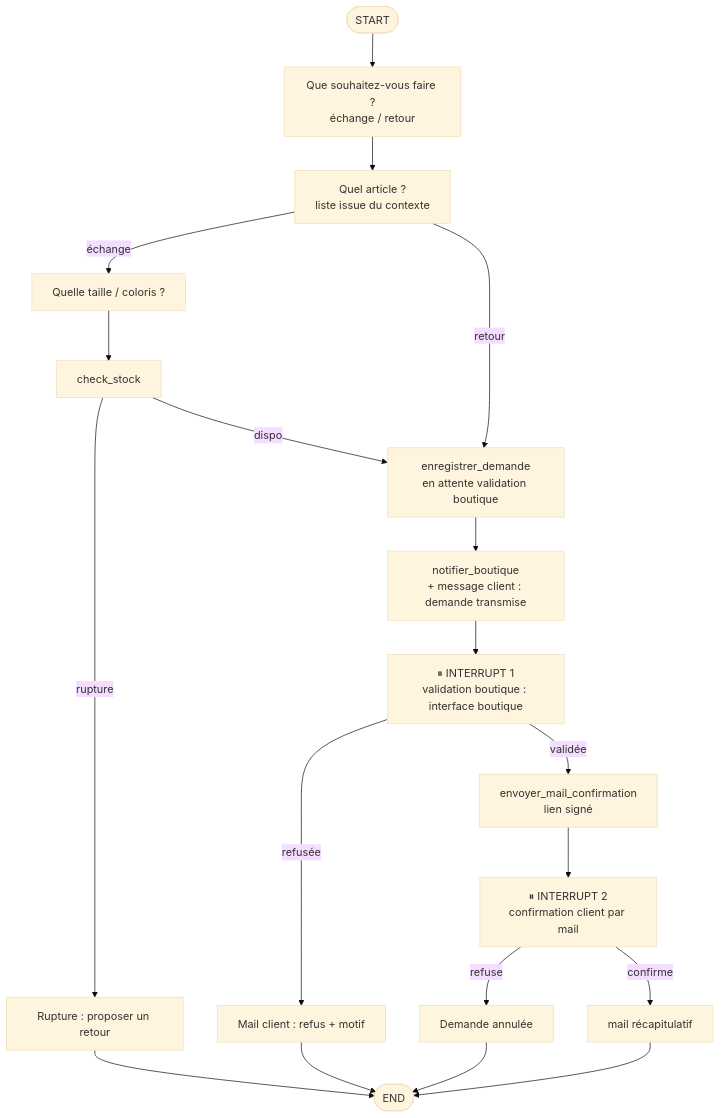
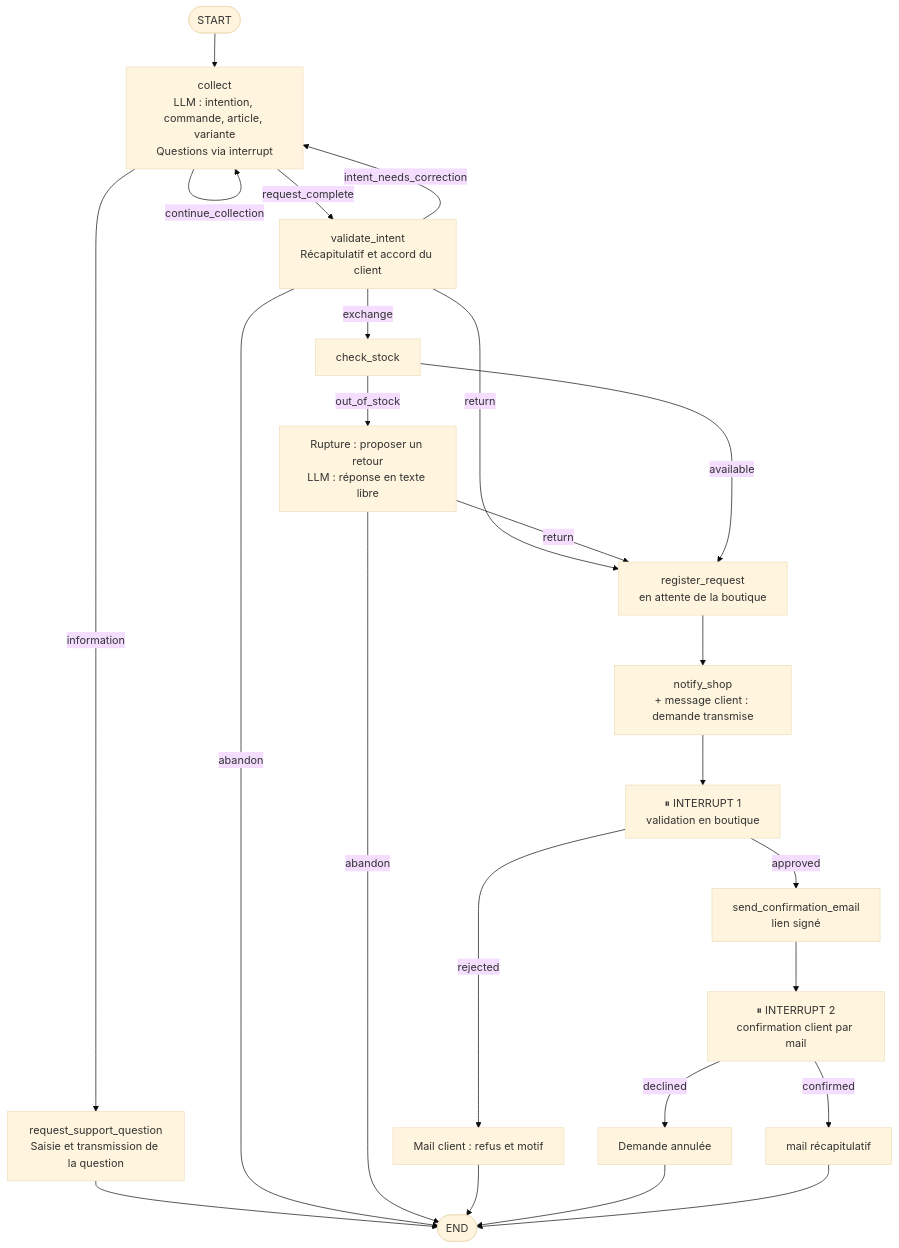
The diagram in pipeline_ecommerce.mmd (tangmomb/agent_sav), drawn with Mermaid (base theme) before and after one commit. The commit also changed 22 other files, not shown here.

```diff
--- a/pipeline_ecommerce.mmd
+++ b/pipeline_ecommerce.mmd
@@ -1,16 +1,22 @@
 flowchart TD
-    START([START]) --> action["Que souhaitez-vous faire ?<br/>échange / retour"]
-    action --> article["Quel article ?<br/>liste issue du contexte"]
-    article -->|échange| variante["Quelle taille / coloris ?"]
-    variante --> stock[check_stock]
-    stock -->|rupture| proposition["Rupture : proposer un retour"]
-    stock -->|dispo| enregistrer["enregistrer_demande<br/>en attente validation boutique"]
-    article -->|retour| enregistrer
-    enregistrer --> notifier["notifier_boutique<br/>+ message client : demande transmise"]
-    notifier --> boutique["⏸ INTERRUPT 1<br/>validation boutique : interface boutique"]
-    boutique -->|refusée| refus["Mail client : refus + motif"]
-    boutique -->|validée| mail["envoyer_mail_confirmation<br/>lien signé"]
-    mail --> client["⏸ INTERRUPT 2<br/>confirmation client par mail"]
-    client -->|refuse| annulation["Demande annulée"]
-    client -->|confirme| recap["mail récapitulatif"]
-    proposition & refus & annulation & recap --> FIN([END])
+    START([START]) --> collection["collect<br/>LLM : intention, commande, article, variante<br/>Questions via interrupt"]
+    collection -->|continue_collection| collection
+    collection -->|information| write_question["request_support_question<br/>Saisie et transmission de la question"]
+    write_question --> END
+    collection -->|request_complete| review["validate_intent<br/>Récapitulatif et accord du client"]
+    review -->|intent_needs_correction| collection
+    review -->|exchange| stock[check_stock]
+    review -->|return| register
+    review -->|abandon| END
+    stock -->|out_of_stock| offer["Rupture : proposer un retour<br/>LLM : réponse en texte libre"]
+    offer -->|return| register
+    offer -->|abandon| END
+    stock -->|available| register["register_request<br/>en attente de la boutique"]
+    register --> notify["notify_shop<br/>+ message client : demande transmise"]
+    notify --> shop_review["⏸ INTERRUPT 1<br/>validation en boutique"]
+    shop_review -->|rejected| reject["Mail client : refus et motif"]
+    shop_review -->|approved| email["send_confirmation_email<br/>lien signé"]
+    email --> customer_review["⏸ INTERRUPT 2<br/>confirmation client par mail"]
+    customer_review -->|declined| cancel["Demande annulée"]
+    customer_review -->|confirmed| summary["mail récapitulatif"]
+    reject & cancel & summary --> END([END])
```
